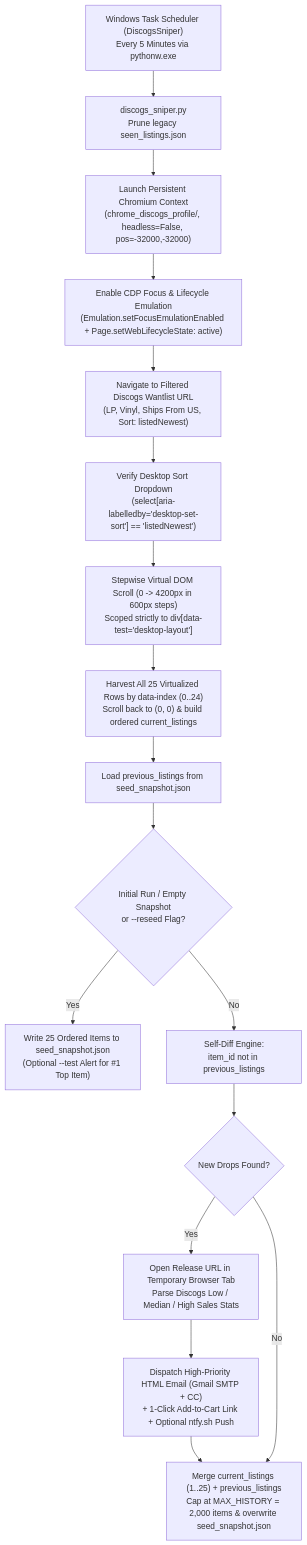
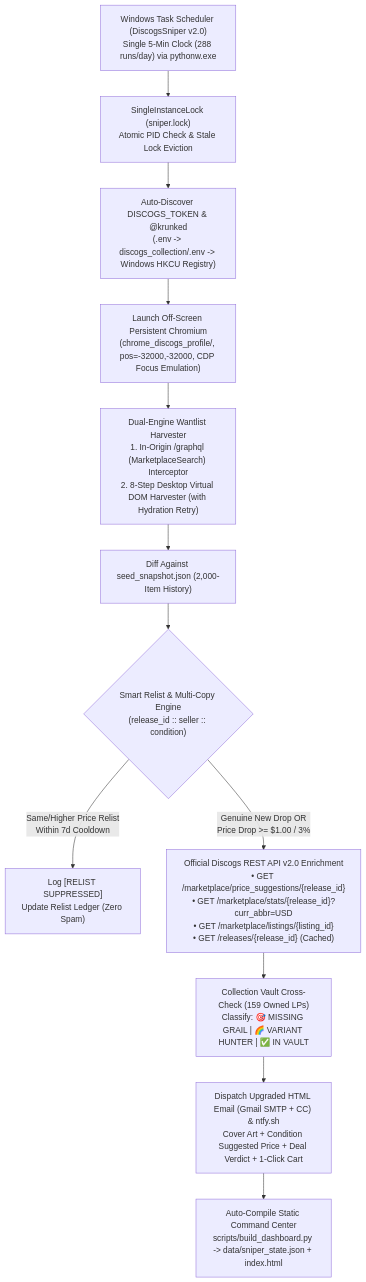
One commit to krunked-fpv/discogs_sniper changed the diagram in README.md. Above: the diagram before and after it, drawn with Mermaid. The commit also changed other lines of this file and 1806 other files, not shown here.

Commit message:
feat: Discogs Sniper v2.0 Hybrid API, Relist Slayer, Vault Bridge & Static Command Center

````diff
--- a/README.md
+++ b/README.md
@@ -27,19 +28,14 @@
 ```mermaid
 flowchart TD
-    TS["Windows Task Scheduler (DiscogsSniper)<br/>Every 5 Minutes via pythonw.exe"] --> INIT["discogs_sniper.py<br/>Prune legacy seen_listings.json"]
-    INIT --> BROWSER["Launch Persistent Chromium Context<br/>(chrome_discogs_profile/, headless=False, pos=-32000,-32000)"]
-    BROWSER --> CDP["Enable CDP Focus & Lifecycle Emulation<br/>(Emulation.setFocusEmulationEnabled + Page.setWebLifecycleState: active)"]
-    CDP --> NAV["Navigate to Filtered Discogs Wantlist URL<br/>(LP, Vinyl, Ships From US, Sort: listedNewest)"]
-    NAV --> SORT["Verify Desktop Sort Dropdown<br/>(select[aria-labelledby='desktop-set-sort'] == 'listedNewest')"]
-    SORT --> SCROLL["Stepwise Virtual DOM Scroll (0 -> 4200px in 600px steps)<br/>Scoped strictly to div[data-test='desktop-layout']"]
-    SCROLL --> EXTRACT["Harvest All 25 Virtualized Rows by data-index (0..24)<br/>Scroll back to (0, 0) & build ordered current_listings"]
-    EXTRACT --> LOAD["Load previous_listings from seed_snapshot.json"]
-    LOAD --> SEED_CHECK{"Initial Run / Empty Snapshot<br/>or --reseed Flag?"}
-    SEED_CHECK -- Yes --> SAVE_SEED["Write 25 Ordered Items to seed_snapshot.json<br/>(Optional --test Alert for #1 Top Item)"]
-    SEED_CHECK -- No --> DIFF["Self-Diff Engine:<br/>item_id not in previous_listings"]
-    DIFF --> HITS_CHECK{"New Drops Found?"}
-    HITS_CHECK -- Yes --> STATS["Open Release URL in Temporary Browser Tab<br/>Parse Discogs Low / Median / High Sales Stats"]
-    STATS --> ALERT["Dispatch High-Priority HTML Email (Gmail SMTP + CC)<br/>+ 1-Click Add-to-Cart Link + Optional ntfy.sh Push"]
-    ALERT --> MERGE["Merge current_listings (1..25) + previous_listings<br/>Cap at MAX_HISTORY = 2,000 items & overwrite seed_snapshot.json"]
-    HITS_CHECK -- No --> MERGE
+    TS["Windows Task Scheduler (DiscogsSniper v2.0)<br/>Single 5-Min Clock (288 runs/day) via pythonw.exe"] --> LOCK["SingleInstanceLock (sniper.lock)<br/>Atomic PID Check & Stale Lock Eviction"]
+    LOCK --> CREDS["Auto-Discover DISCOGS_TOKEN & @krunked<br/>(.env -> discogs_collection/.env -> Windows HKCU Registry)"]
+    CREDS --> BROWSER["Launch Off-Screen Persistent Chromium<br/>(chrome_discogs_profile/, pos=-32000,-32000, CDP Focus Emulation)"]
+    BROWSER --> DUAL["Dual-Engine Wantlist Harvester<br/>1. In-Origin /graphql (MarketplaceSearch) Interceptor<br/>2. 8-Step Desktop Virtual DOM Harvester (with Hydration Retry)"]
+    DUAL --> DIFF["Diff Against seed_snapshot.json (2,000-Item History)"]
+    DIFF --> DEDUP{"Smart Relist & Multi-Copy Engine<br/>(release_id :: seller :: condition)"}
+    DEDUP -- "Same/Higher Price Relist<br/>Within 7d Cooldown" --> SUPPRESS["Log [RELIST SUPPRESSED]<br/>Update Relist Ledger (Zero Spam)"]
+    DEDUP -- "Genuine New Drop OR<br/>Price Drop >= $1.00 / 3%" --> API["Official Discogs REST API v2.0 Enrichment<br/>• GET /marketplace/price_suggestions/{release_id}<br/>• GET /marketplace/stats/{release_id}?curr_abbr=USD<br/>• GET /marketplace/listings/{listing_id}<br/>• GET /releases/{release_id} (Cached)"]
+    API --> VAULT["Collection Vault Cross-Check (159 Owned LPs)<br/>Classify: 🎯 MISSING GRAIL | 🌈 VARIANT HUNTER | ✅ IN VAULT"]
+    VAULT --> ALERT["Dispatch Upgraded HTML Email (Gmail SMTP + CC) & ntfy.sh<br/>Cover Art + Condition Suggested Price + Deal Verdict + 1-Click Cart"]
+    ALERT --> BUILD["Auto-Compile Static Command Center<br/>scripts/build_dashboard.py -> data/sniper_state.json + index.html"]
 ```
````
